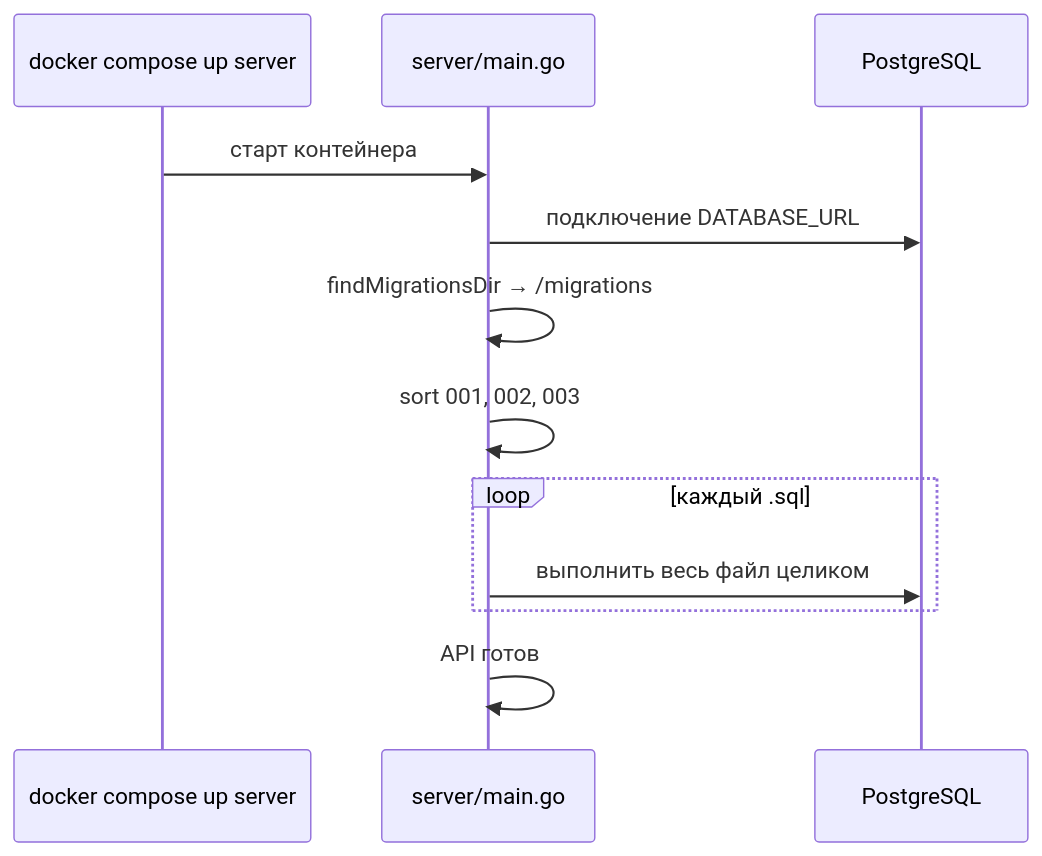
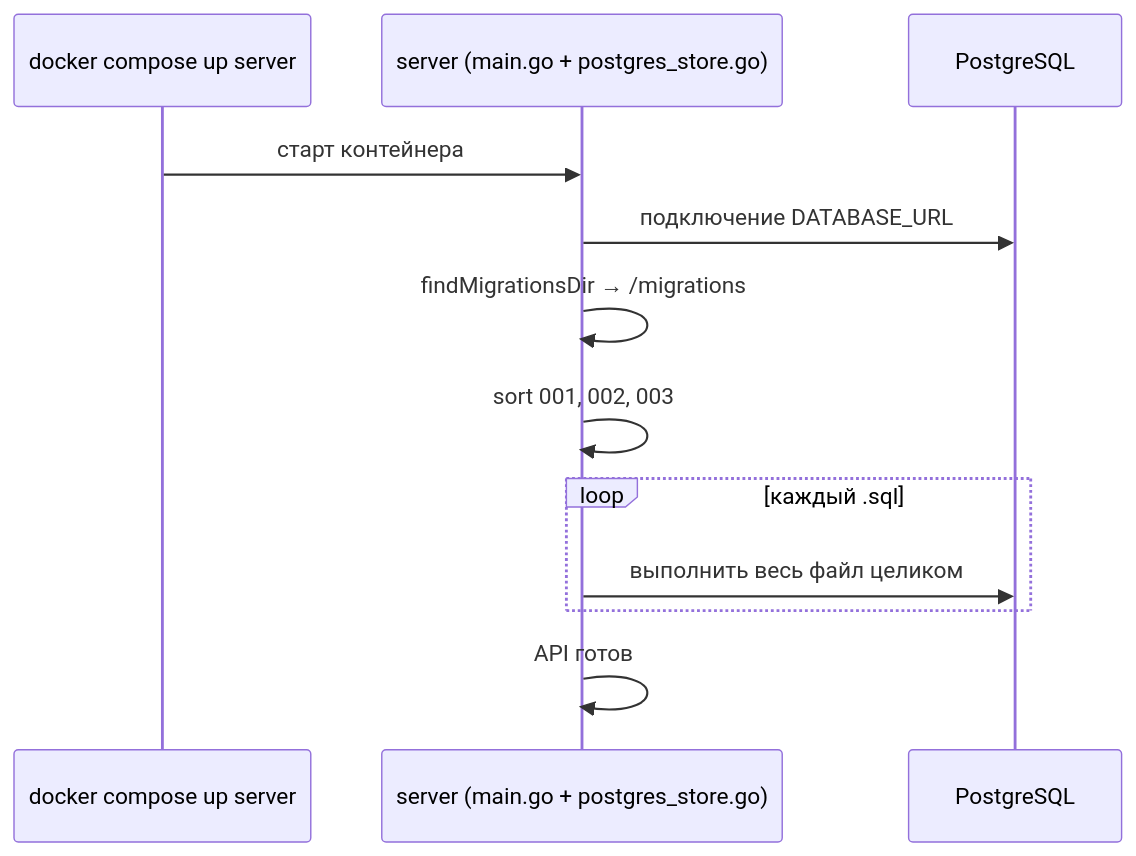
One commit to kantik001/grounded_horticulture_en changed the diagram in docs/knowledge-base/migrations-overview.md. Above: the diagram before and after it, drawn with Mermaid. The commit also changed 9 other files, not shown here.

````diff
--- a/docs/knowledge-base/migrations-overview.md
+++ b/docs/knowledge-base/migrations-overview.md
@@ -26,15 +26,15 @@
 ```mermaid
 sequenceDiagram
     participant DC as docker compose up server
-    participant Go as server/main.go
+    participant Go as server (main.go + postgres_store.go)
     participant PG as PostgreSQL
 
     DC->>Go: старт контейнера
     Go->>PG: подключение DATABASE_URL
     Go->>Go: findMigrationsDir → /migrations
     Go->>Go: sort 001, 002, 003
     loop каждый .sql
         Go->>PG: выполнить весь файл целиком
     end
     Go->>Go: API готов
 ```
````
